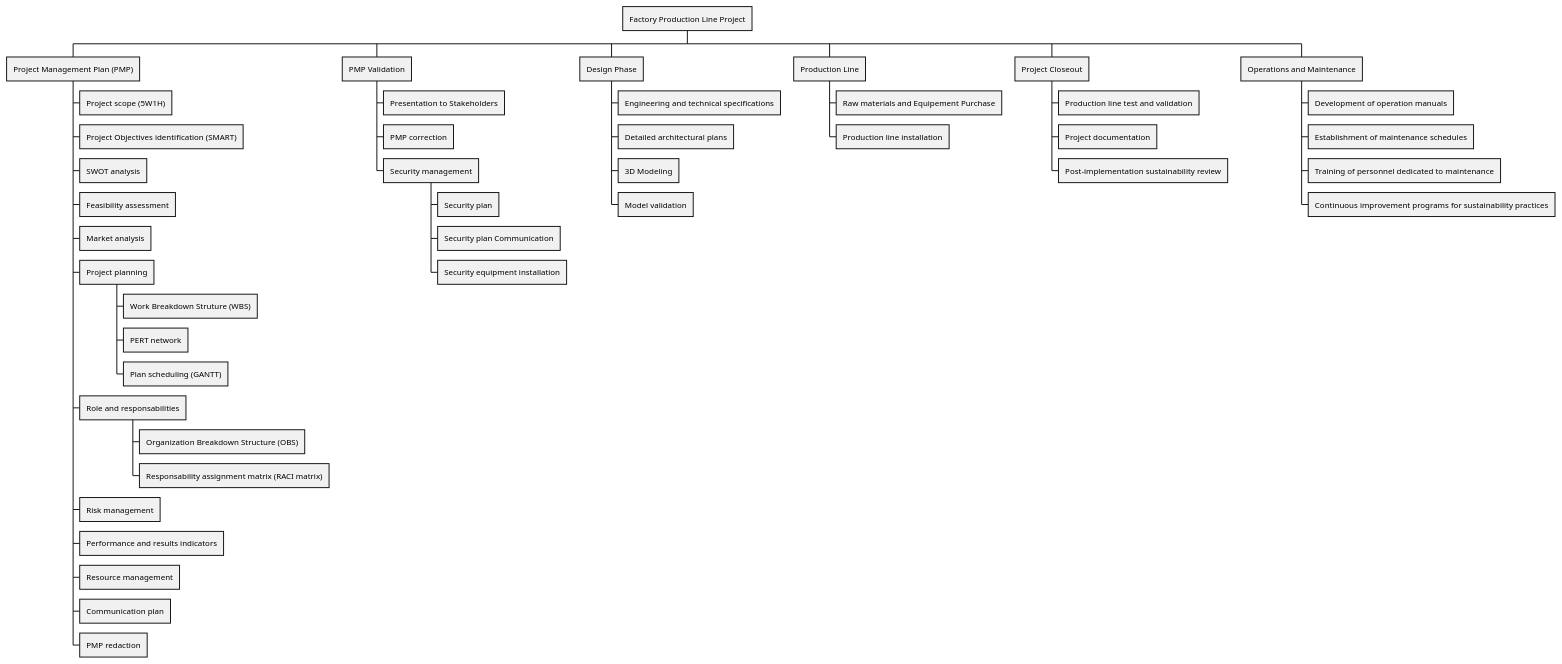
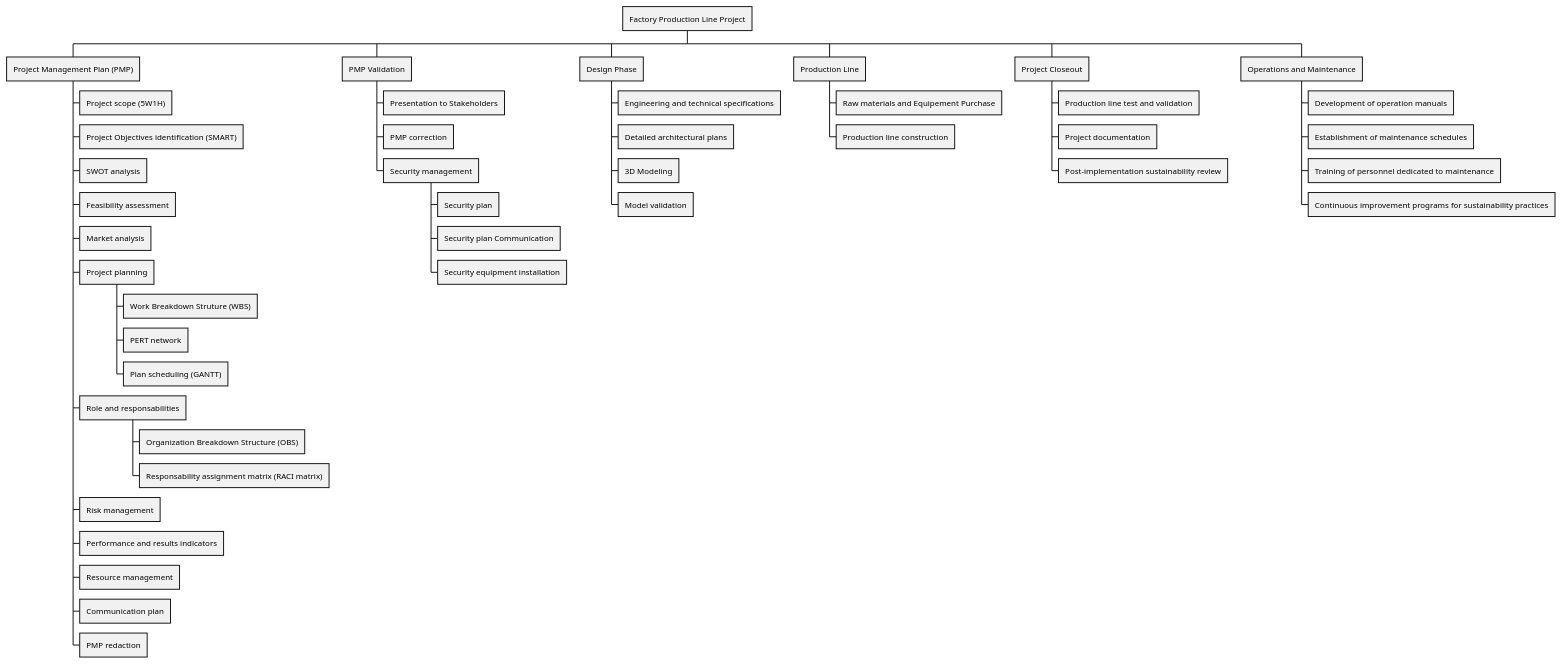
One commit to DIASBruno44/wbs-production-line-project changed the diagram in wbs.puml. Above: the diagram before and after it, drawn with PlantUML.

Commit message:
Production line construction
Replace Production line installation with Production line construction.

```diff
--- a/wbs.puml
+++ b/wbs.puml
@@ -1,51 +1,51 @@
 @startwbs wbs
 * Factory Production Line Project
 ** Project Management Plan (PMP)
 *** Project scope (5W1H)
 *** Project Objectives identification (SMART)
 *** SWOT analysis
 *** Feasibility assessment
 *** Market analysis
 *** Project planning
 **** Work Breakdown Struture (WBS)
 **** PERT network
 **** Plan scheduling (GANTT)
 *** Role and responsabilities
 **** Organization Breakdown Structure (OBS)
 **** Responsability assignment matrix (RACI matrix)
 *** Risk management
 *** Performance and results indicators
 *** Resource management
 *** Communication plan
 *** PMP redaction
 
 ** PMP Validation
 *** Presentation to Stakeholders
 *** PMP correction
 
 *** Security management
 **** Security plan
 **** Security plan Communication
 **** Security equipment installation
 
 ** Design Phase
 *** Engineering and technical specifications
 *** Detailed architectural plans
 *** 3D Modeling
 *** Model validation
 
 ** Production Line
 *** Raw materials and Equipement Purchase
-*** Production line installation
+*** Production line construction
 
 ** Project Closeout
 *** Production line test and validation
 *** Project documentation
 *** Post-implementation sustainability review
 
 ** Operations and Maintenance
 *** Development of operation manuals
 *** Establishment of maintenance schedules
 *** Training of personnel dedicated to maintenance
 *** Continuous improvement programs for sustainability practices
 @endwbs
```
